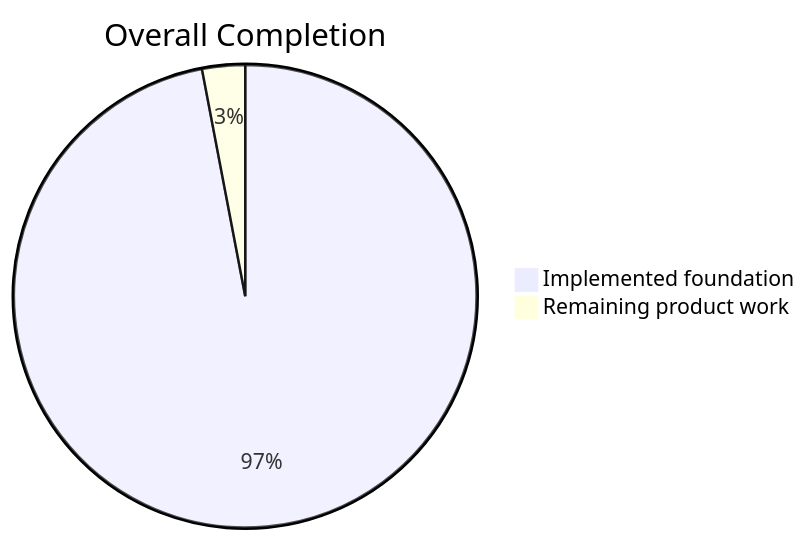
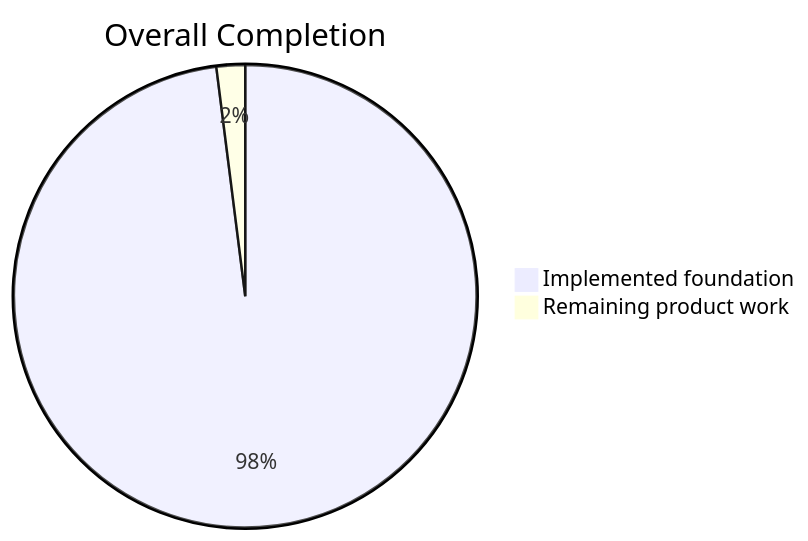
The first of 5 diagrams in README.md (lingmulongtai/GlyphRay), drawn with Mermaid before and after one commit. The commit also changed other lines of this file and 14 other files, not shown here.

````diff
--- a/README.md
+++ b/README.md
@@ -15,5 +15,5 @@
 ```mermaid
 pie title Overall Completion
-  "Implemented foundation" : 97
-  "Remaining product work" : 3
+  "Implemented foundation" : 98
+  "Remaining product work" : 2
 ```
````
